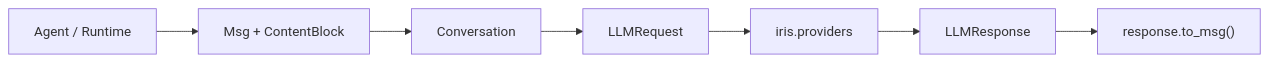
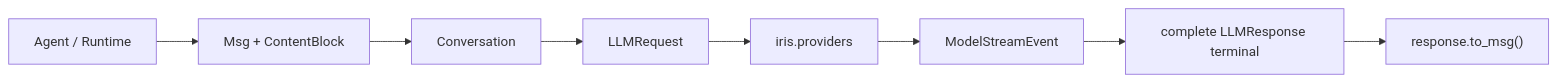
The diagram in src/iris/message/README.en.md (Tsubaki-01/Iris), drawn with Mermaid before and after one commit. The commit also changed other lines of this file and 11 other files, not shown here.

````diff
--- a/src/iris/message/README.en.md
+++ b/src/iris/message/README.en.md
@@ -30,9 +30,10 @@
 ```mermaid
 flowchart LR
     App["Agent / Runtime"] --> Msg["Msg + ContentBlock"]
     Msg --> Conversation["Conversation"]
     Conversation --> Request["LLMRequest"]
     Request --> Provider["iris.providers"]
-    Provider --> Response["LLMResponse"]
+    Provider --> Stream["ModelStreamEvent"]
+    Stream --> Response["complete LLMResponse terminal"]
     Response --> Assistant["response.to_msg()"]
 ```
````
